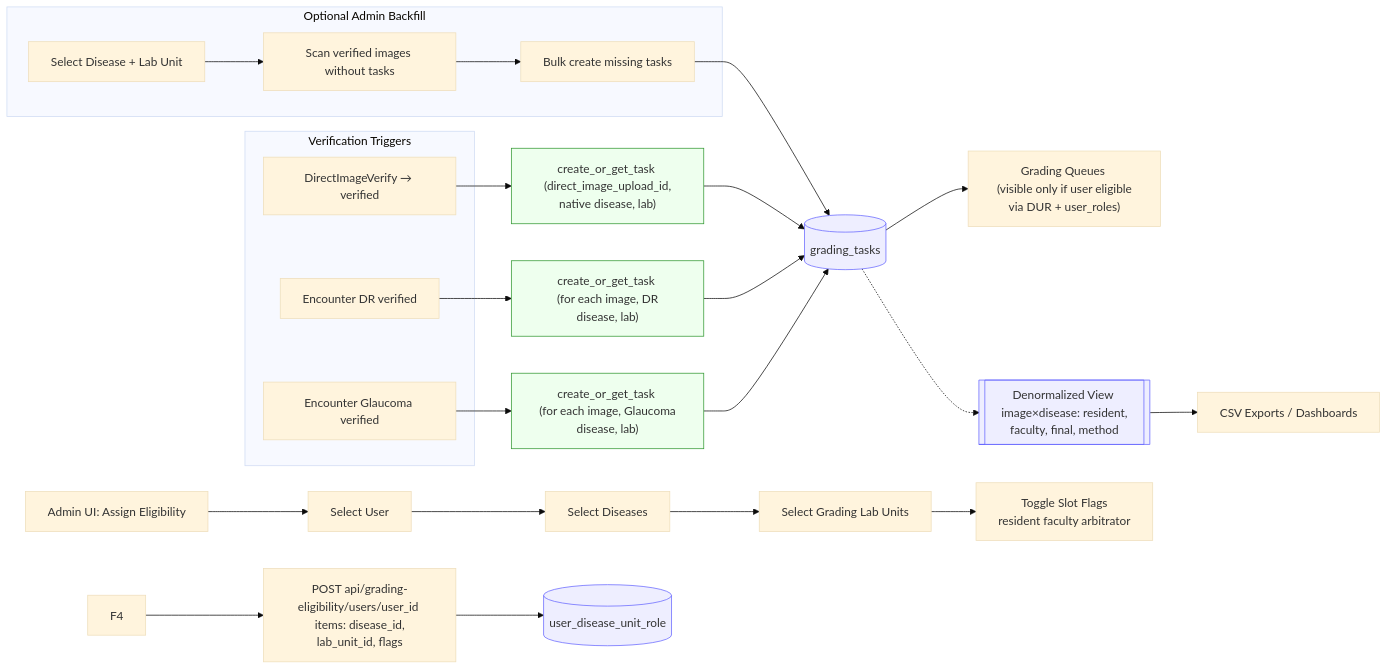
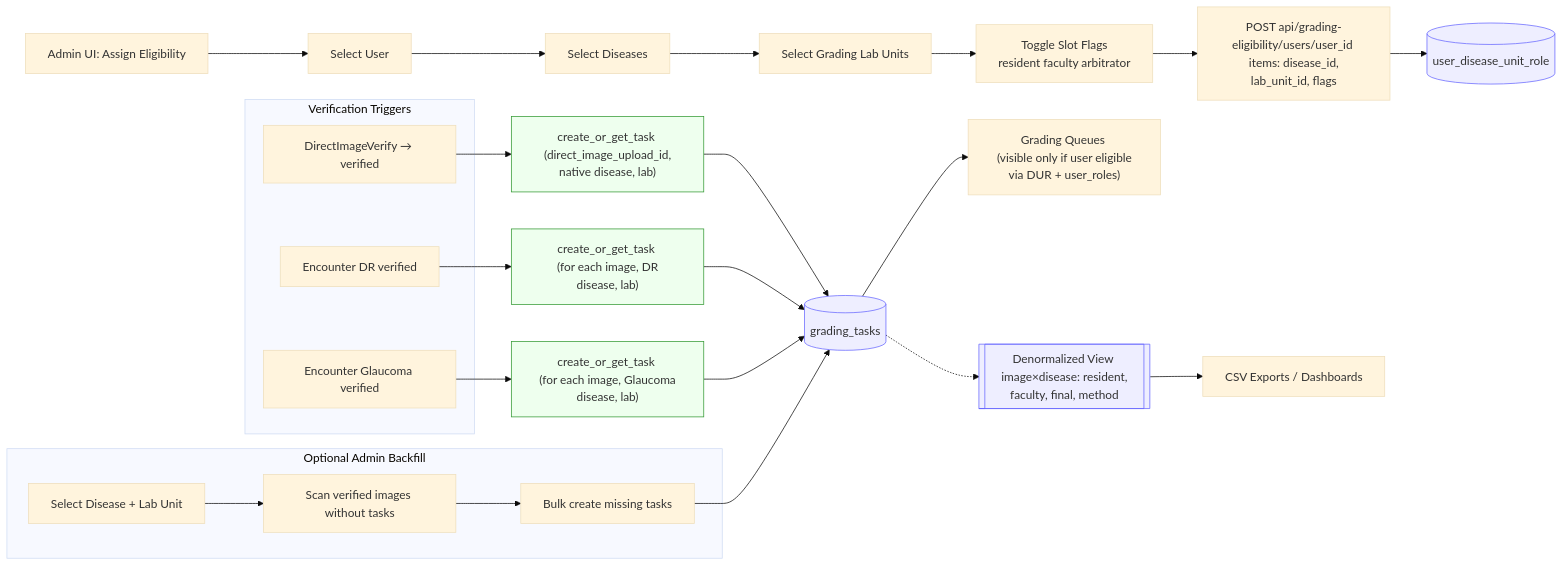
The second of 2 diagrams in TODO/dual_grading/001-overview.md (drguptavivek/fundus_img_xtract), drawn with Mermaid (base theme) before and after one commit.

````diff
--- a/TODO/dual_grading/001-overview.md
+++ b/TODO/dual_grading/001-overview.md
@@ -116,41 +116,41 @@
 ```mermaid
 flowchart LR
     A["Admin UI: Assign Eligibility"] --> F1["Select User"]
     F1 --> F2["Select Diseases"]
     F2 --> F3["Select Grading Lab Units"]
-    F3 --> F4"["Toggle Slot Flags \n resident faculty arbitrator"]
-    F4 --> API["POST api/grading-eligibility/users/user_id \n items: disease_id, lab_unit_id, flags"]
+    F3 --> F4["Toggle Slot Flags <br/> resident faculty arbitrator"]
+    F4 --> API["POST api/grading-eligibility/users/user_id <br/> items: disease_id, lab_unit_id, flags"]
     API --> DUR[(user_disease_unit_role)]
 
     subgraph Verification Triggers
       V1[DirectImageVerify → verified]
       V2[Encounter DR verified]
       V3[Encounter Glaucoma verified]
     end
 
-    V1 --> SVC1["create_or_get_task \n (direct_image_upload_id, native disease, lab)"]
-    V2 --> SVC2["create_or_get_task \n (for each image, DR disease, lab)"]
-    V3 --> SVC3["create_or_get_task \n (for each image, Glaucoma disease, lab)"]
+    V1 --> SVC1["create_or_get_task <br/> (direct_image_upload_id, native disease, lab)"]
+    V2 --> SVC2["create_or_get_task <br/> (for each image, DR disease, lab)"]
+    V3 --> SVC3["create_or_get_task <br/> (for each image, Glaucoma disease, lab)"]
 
     SVC1 --> GT[(grading_tasks)]
     SVC2 --> GT
     SVC3 --> GT
 
     subgraph Optional Admin Backfill
       B1["Select Disease + Lab Unit"]
       B2["Scan verified images without tasks"]
       B3["Bulk create missing tasks"]
     end
     B1 --> B2 --> B3 --> GT
 
-    GT --> Q["Grading Queues \n (visible only if user eligible via DUR + user_roles)"]
+    GT --> Q["Grading Queues <br/> (visible only if user eligible via DUR + user_roles)"]
 
     %% Reporting/Exports
-    GT -.-> VIEW[["Denormalized View \n image×disease: resident, faculty, final, method"]]
+    GT -.-> VIEW[["Denormalized View <br/> image×disease: resident, faculty, final, method"]]
     VIEW --> CSV[CSV Exports / Dashboards]
 
     classDef db fill:#eef,stroke:#66f,stroke-width:1px
     classDef svc fill:#efe,stroke:#393,stroke-width:1px
     class DUR,GT,VIEW db
     class SVC1,SVC2,SVC3 svc
 ```
````
